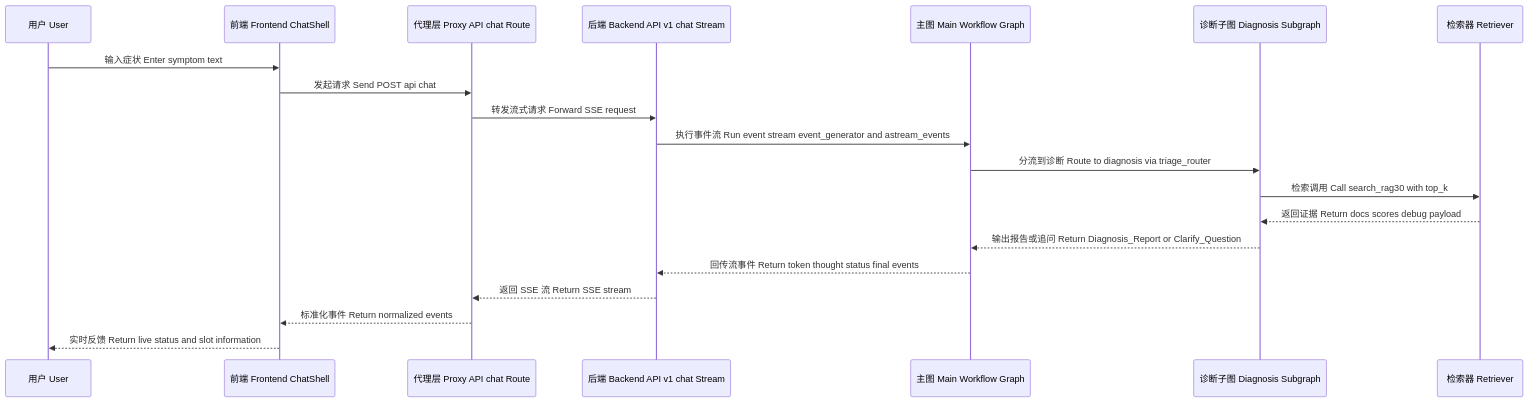
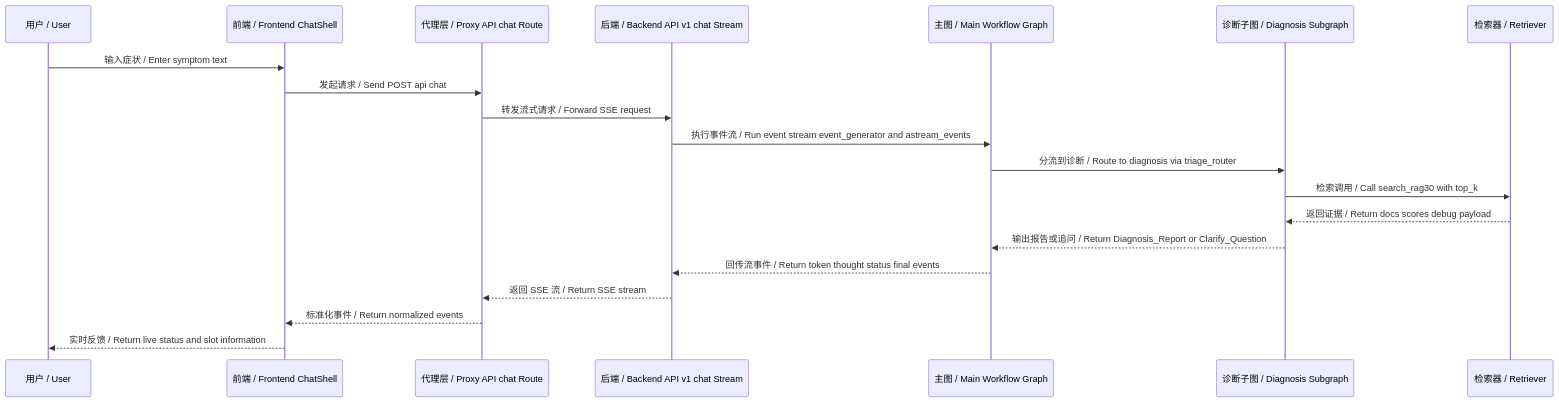
Before and after one commit to standbyme626/smart_hospital_agent: the second of 3 diagrams in README.md, drawn with Mermaid. The commit also changed other lines of this file, not shown here.

Commit message:
docs: make all 3 Mermaid diagram contents fully bilingual

````diff
--- a/README.md
+++ b/README.md
@@ -157,23 +157,23 @@
 ```mermaid
 sequenceDiagram
-    participant U as 用户 User
-    participant FE as 前端 Frontend ChatShell
-    participant PX as 代理层 Proxy API chat Route
-    participant BE as 后端 Backend API v1 chat Stream
-    participant G as 主图 Main Workflow Graph
-    participant DG as 诊断子图 Diagnosis Subgraph
-    participant RAG as 检索器 Retriever
+    participant U as 用户 / User
+    participant FE as 前端 / Frontend ChatShell
+    participant PX as 代理层 / Proxy API chat Route
+    participant BE as 后端 / Backend API v1 chat Stream
+    participant G as 主图 / Main Workflow Graph
+    participant DG as 诊断子图 / Diagnosis Subgraph
+    participant RAG as 检索器 / Retriever
 
-    U->>FE: 输入症状 Enter symptom text
-    FE->>PX: 发起请求 Send POST api chat
-    PX->>BE: 转发流式请求 Forward SSE request
-    BE->>G: 执行事件流 Run event stream event_generator and astream_events
-    G->>DG: 分流到诊断 Route to diagnosis via triage_router
-    DG->>RAG: 检索调用 Call search_rag30 with top_k
-    RAG-->>DG: 返回证据 Return docs scores debug payload
-    DG-->>G: 输出报告或追问 Return Diagnosis_Report or Clarify_Question
-    G-->>BE: 回传流事件 Return token thought status final events
-    BE-->>PX: 返回 SSE 流 Return SSE stream
-    PX-->>FE: 标准化事件 Return normalized events
-    FE-->>U: 实时反馈 Return live status and slot information
+    U->>FE: 输入症状 / Enter symptom text
+    FE->>PX: 发起请求 / Send POST api chat
+    PX->>BE: 转发流式请求 / Forward SSE request
+    BE->>G: 执行事件流 / Run event stream event_generator and astream_events
+    G->>DG: 分流到诊断 / Route to diagnosis via triage_router
+    DG->>RAG: 检索调用 / Call search_rag30 with top_k
+    RAG-->>DG: 返回证据 / Return docs scores debug payload
+    DG-->>G: 输出报告或追问 / Return Diagnosis_Report or Clarify_Question
+    G-->>BE: 回传流事件 / Return token thought status final events
+    BE-->>PX: 返回 SSE 流 / Return SSE stream
+    PX-->>FE: 标准化事件 / Return normalized events
+    FE-->>U: 实时反馈 / Return live status and slot information
 ```
````
